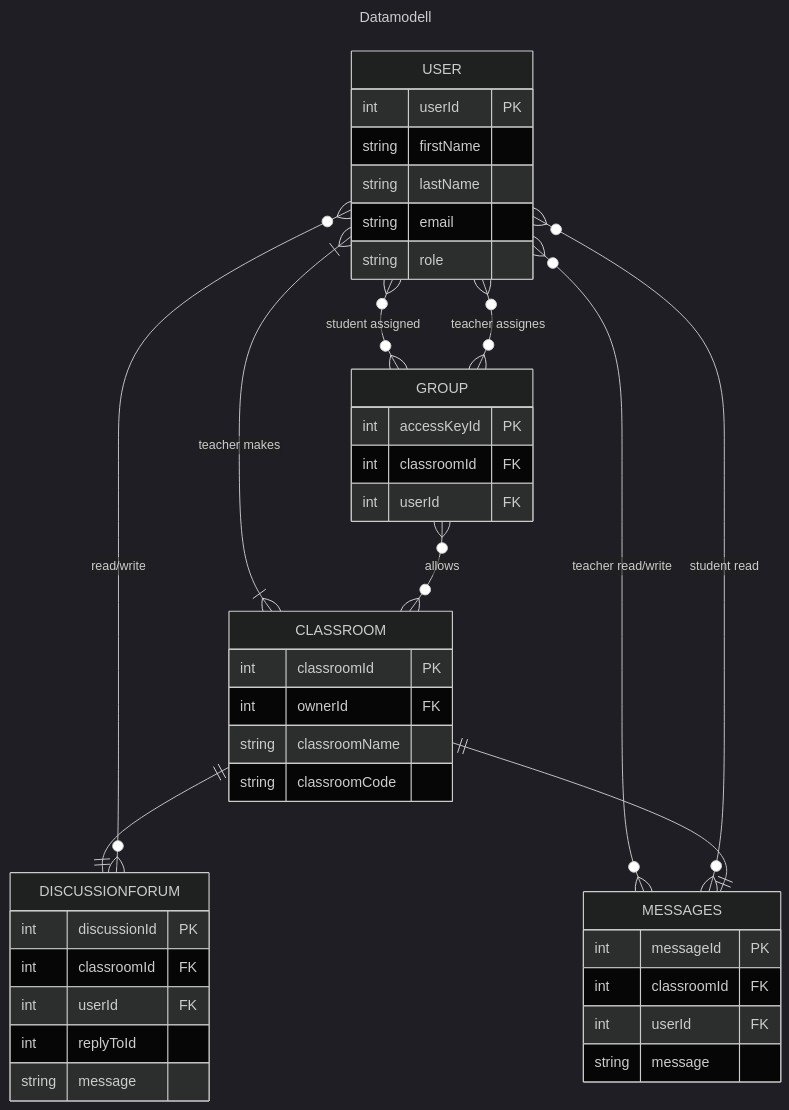
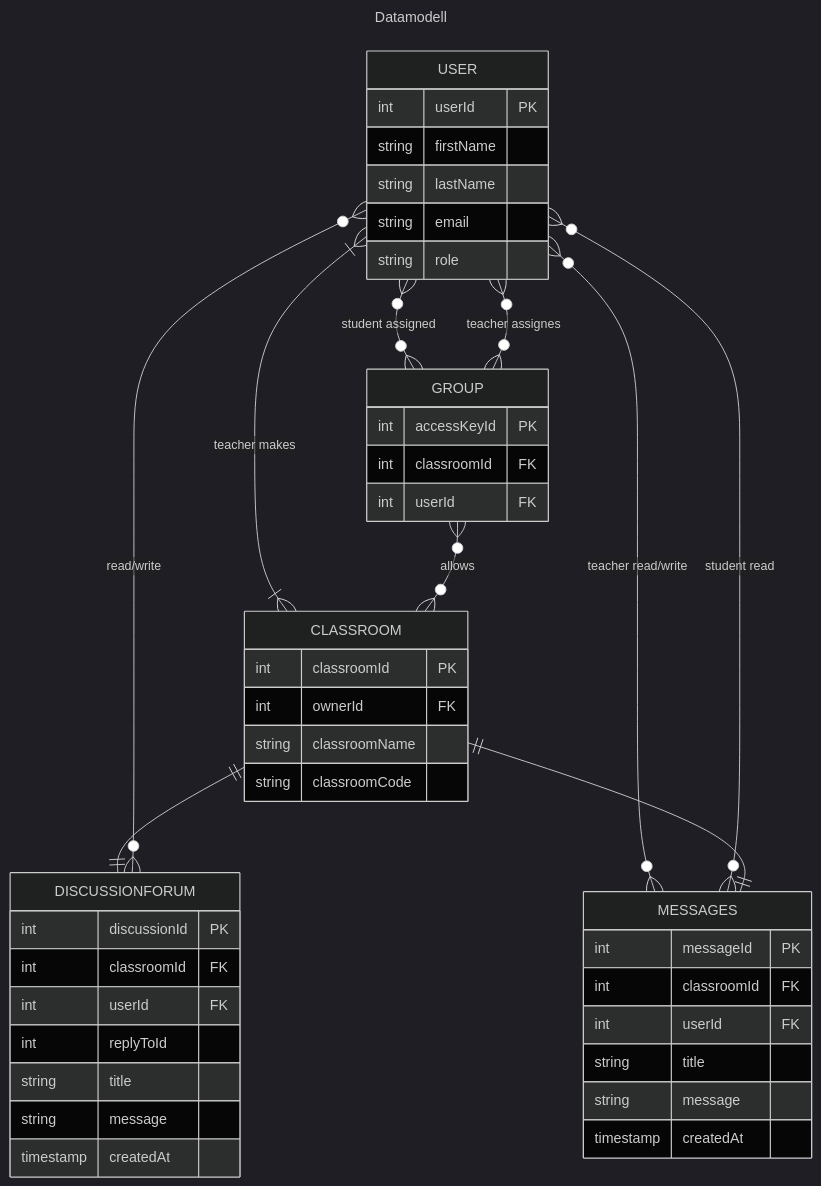
One commit to emilkor1/data1500-oving-04 changed the second of 2 diagrams in OPPGAVE.md. Above: the diagram before and after it, drawn with Mermaid (dark theme). The commit also changed 1 other file, not shown here.

Commit message:
fix: add missing message title & timestamp

````diff
--- a/OPPGAVE.md
+++ b/OPPGAVE.md
@@ -74,54 +74,58 @@
 ```mermaid
 ---
 title: Datamodell
 ---
 erDiagram
     USER one or more to one or more CLASSROOM : "teacher makes"
     GROUP zero or more to zero or more CLASSROOM : allows
     USER zero or more to zero or more GROUP : "student assigned"
     USER zero or more to zero or more GROUP : "teacher assignes"
     
     
     USER zero or more to zero or more MESSAGES : "teacher read/write"
     USER zero or more to zero or more MESSAGES : "student read"
 
     CLASSROOM one to one DISCUSSIONFORUM : ""
     CLASSROOM one to one MESSAGES : ""
     USER zero or more to zero or more DISCUSSIONFORUM : "read/write"
     
     USER{
         int userId PK
         string firstName
         string lastName
         string email
         string role
     }
     
     CLASSROOM{
         int    classroomId PK
         int    ownerId FK
         string classroomName
         string classroomCode
     }
     
     GROUP{
         int accessKeyId PK
         int classroomId FK
         int userId FK
     }
 
     MESSAGES{
         int messageId PK
         int classroomId FK
         int userId FK
+        string title
         string message
+        timestamp createdAt
     }
     
     DISCUSSIONFORUM{
         int discussionId PK
         int classroomId FK
         int userId FK
         int replyToId
+        string title
         string message
+        timestamp createdAt
     }
 ```
````
